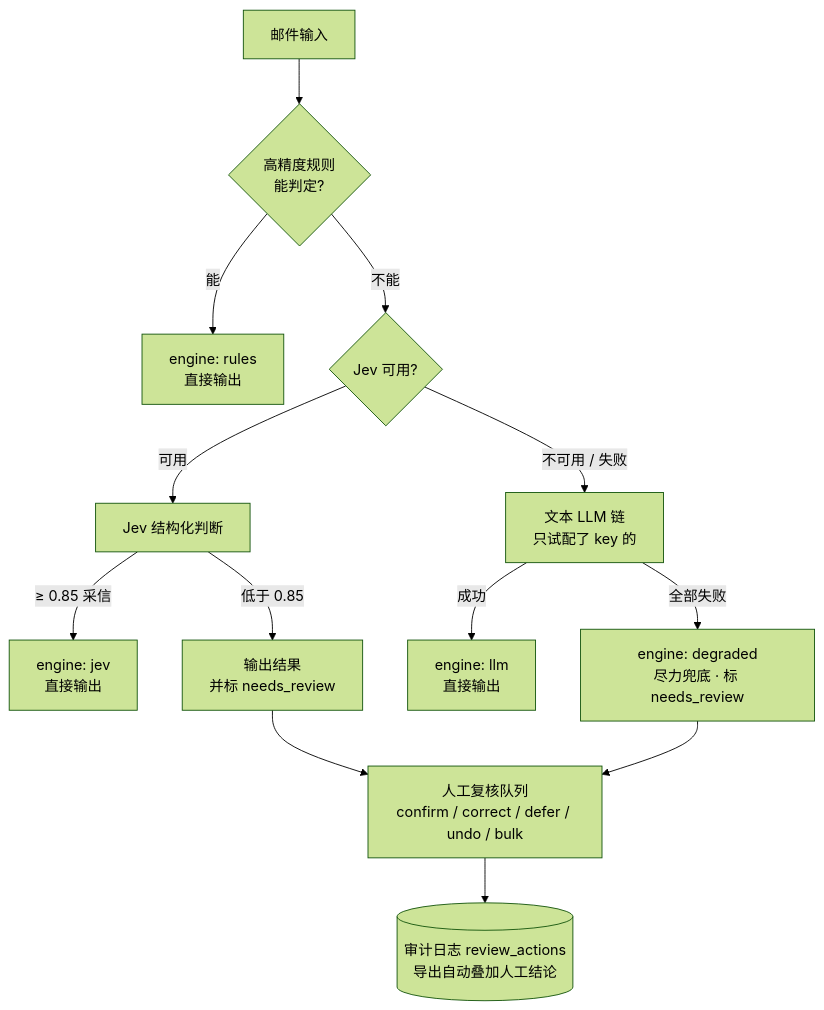
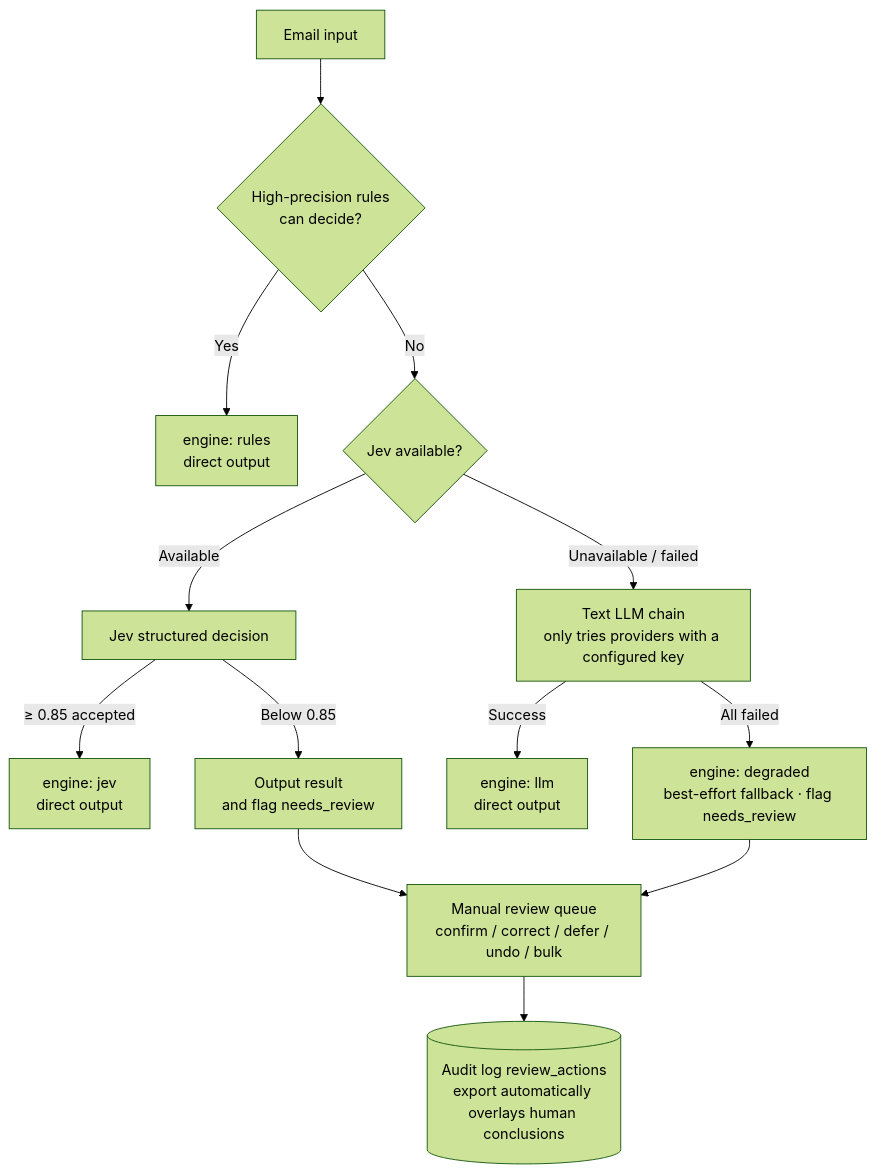
One commit to xbl2602/Averis-Monash-Hackathon-2026---Cat-on-Lime changed the diagram in docs/diagrams/engine-fallback-chain.mmd. Above: the diagram before and after it, drawn with Mermaid (forest theme). The commit also changed 161 other files, not shown here.

```diff
--- a/docs/diagrams/engine-fallback-chain.mmd
+++ b/docs/diagrams/engine-fallback-chain.mmd
@@ -1,18 +1,18 @@
-%% 源码：README 引擎图 + docs/diagrams/engine-fallback-chain.png 都从这里生成。
-%% 重渲染命令（仓库根目录）：npx -y @mermaid-js/mermaid-cli -i docs/diagrams/engine-fallback-chain.mmd -o docs/diagrams/engine-fallback-chain.png -c docs/diagrams/mermaid-config.json -b white -s 2
-%% 口径以 docs/DECISION_SPEC.md §2 为准：Jev 低置信直接输出+标复核，不进文本链；
-%% 文本链成功输出不标复核；尽力兜底（degraded）必标复核。链顺序见 README caption。
-%% 分支天然把宽度撑到 4 列，尾巴合并成 1 个节点压住高度，整体约 1:1。
+%% Source: the README engine diagram + docs/diagrams/engine-fallback-chain.png are both generated from this file.
+%% Re-render command (from repo root): npx -y @mermaid-js/mermaid-cli -i docs/diagrams/engine-fallback-chain.mmd -o docs/diagrams/engine-fallback-chain.png -c docs/diagrams/mermaid-config.json -b white -s 2
+%% Reference: per docs/DECISION_SPEC.md §2 — when Jev has low confidence it outputs directly and flags for review, without entering the text-LLM chain;
+%% a successful text-chain output is not flagged for review; the best-effort fallback (degraded) is always flagged for review. See the README caption for the chain order.
+%% The branches naturally stretch the width to 4 columns; the tail is merged into a single node to keep the height down, giving roughly a 1:1 overall ratio.
 flowchart TB
-    A[邮件输入] --> B{高精度规则<br/>能判定?}
-    B -- 能 --> Z1["engine: rules<br/>直接输出"]
-    B -- 不能 --> C{Jev 可用?}
-    C -- 可用 --> J[Jev 结构化判断]
-    C -- 不可用 / 失败 --> D["文本 LLM 链<br/>只试配了 key 的"]
-    J -- "≥ 0.85 采信" --> Z2["engine: jev<br/>直接输出"]
-    J -- "低于 0.85" --> F2["输出结果<br/>并标 needs_review"]
-    D -- 成功 --> Z3["engine: llm<br/>直接输出"]
-    D -- 全部失败 --> E["engine: degraded<br/>尽力兜底 · 标 needs_review"]
-    F2 --> G["人工复核队列<br/>confirm / correct / defer / undo / bulk"]
+    A[Email input] --> B{High-precision rules<br/>can decide?}
+    B -- Yes --> Z1["engine: rules<br/>direct output"]
+    B -- No --> C{Jev available?}
+    C -- Available --> J[Jev structured decision]
+    C -- Unavailable / failed --> D["Text LLM chain<br/>only tries providers with a configured key"]
+    J -- "≥ 0.85 accepted" --> Z2["engine: jev<br/>direct output"]
+    J -- "Below 0.85" --> F2["Output result<br/>and flag needs_review"]
+    D -- Success --> Z3["engine: llm<br/>direct output"]
+    D -- All failed --> E["engine: degraded<br/>best-effort fallback · flag needs_review"]
+    F2 --> G["Manual review queue<br/>confirm / correct / defer / undo / bulk"]
     E --> G
-    G --> I[("审计日志 review_actions<br/>导出自动叠加人工结论")]
+    G --> I[("Audit log review_actions<br/>export automatically overlays human conclusions")]
```
